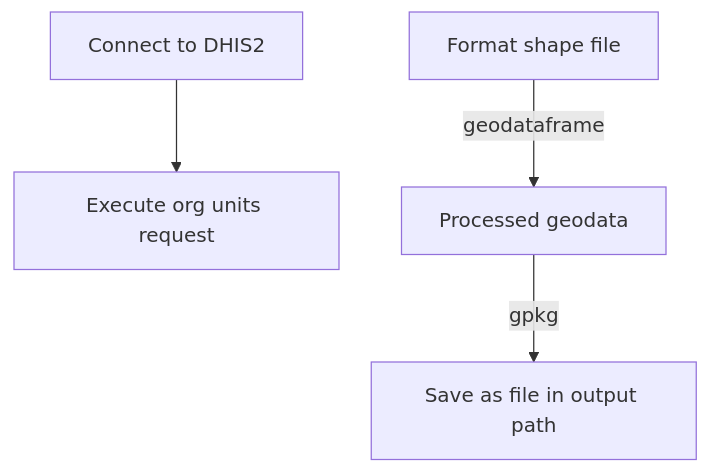
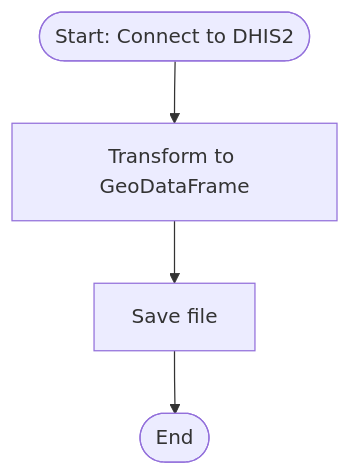
Before and after one commit to BLSQ/openhexa-templates-ds: the diagram in dhis2_shapes_extract/README.md, drawn with Mermaid. The commit also changed other lines of this file and 1 other file, not shown here.

````diff
--- a/dhis2_shapes_extract/README.md
+++ b/dhis2_shapes_extract/README.md
@@ -29,6 +31,7 @@
 ```mermaid
 flowchart TD
-    A[Connect to DHIS2] --> B[Execute org units request]
-    C[Format shape file] -- geodataframe --> D[Processed geodata]
-    D -- gpkg --> E[Save as file in output path]
+    A([Start: Connect to DHIS2]) --> 
+    B[Transform to GeoDataFrame] --> 
+    C[Save file] --> 
+    D([End])
 ```
````
